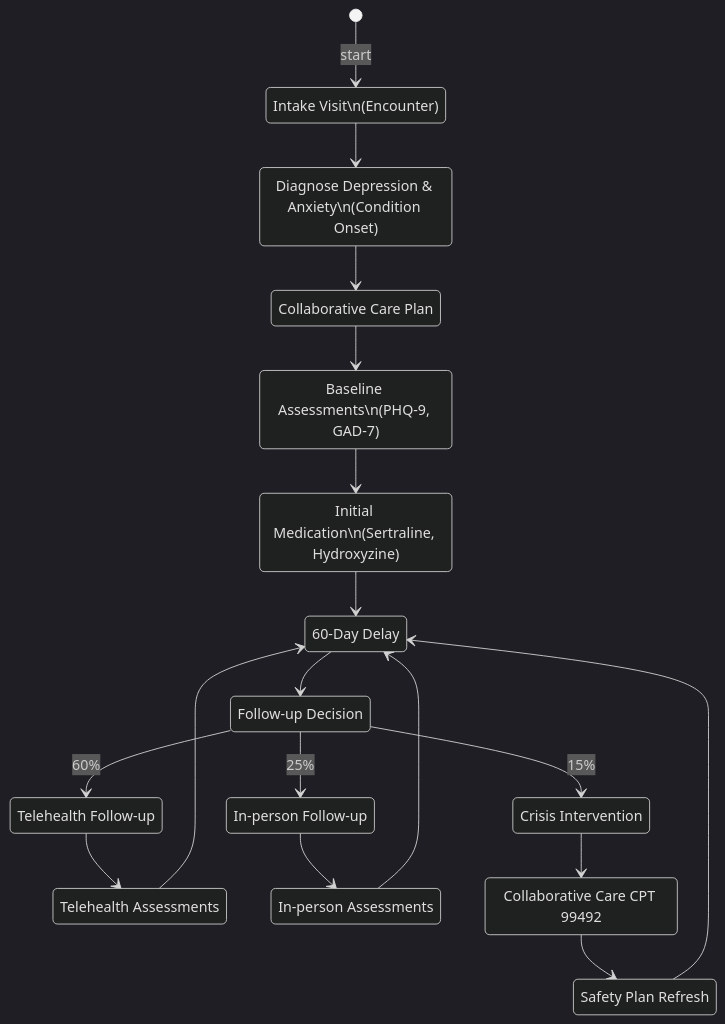
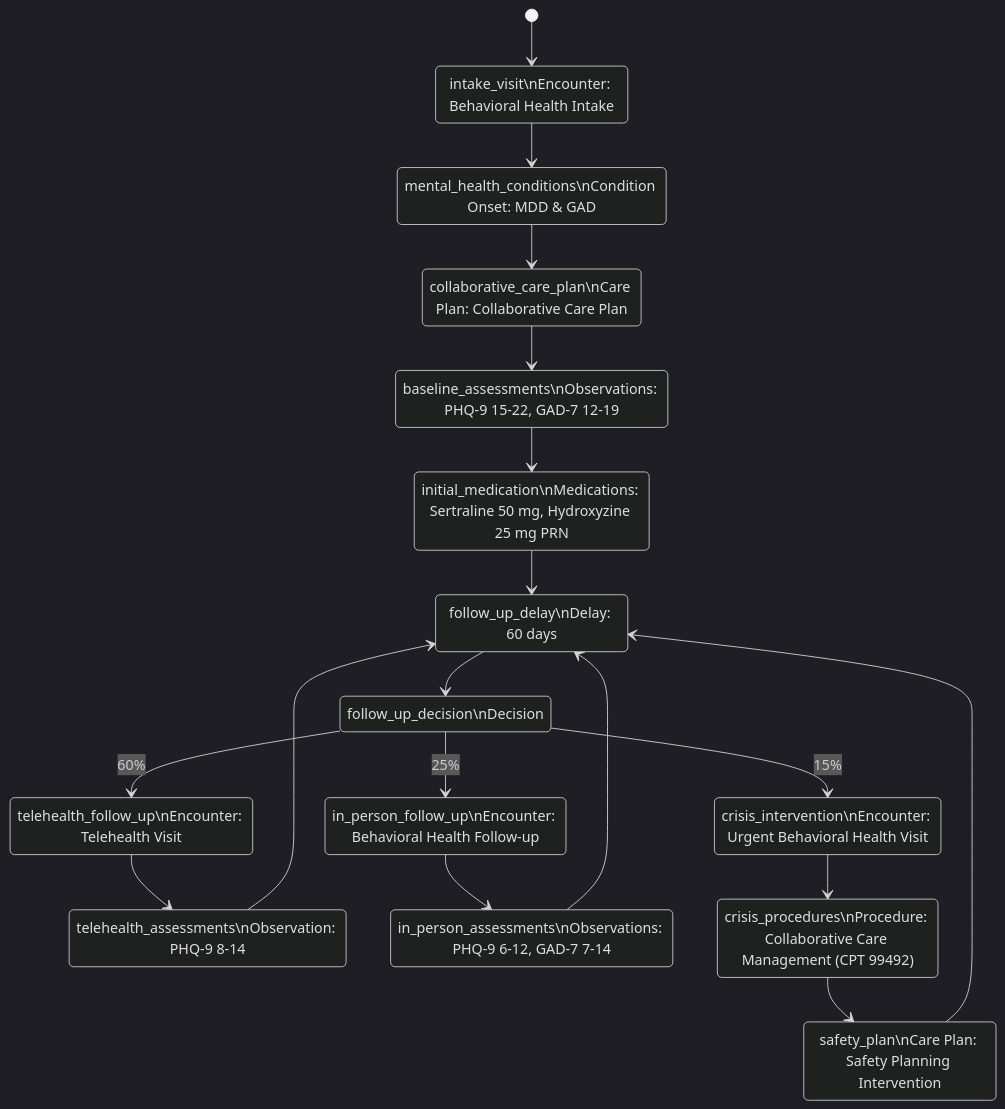
One commit to kvenanzi/synthetichealth changed the diagram in docs/diagrams/mental_health_integrated_care.md. Above: the diagram before and after it, drawn with Mermaid (dark theme). The commit also changed 2 other files, not shown here.

Commit message:
updated overall mermaid diagrams

````diff
--- a/docs/diagrams/mental_health_integrated_care.md
+++ b/docs/diagrams/mental_health_integrated_care.md
@@ -3,40 +3,40 @@
 ```mermaid
 stateDiagram-v2
-    [*] --> Intake: start
+    [*] --> Intake
 
-    state "Intake Visit\n(Encounter)" as Intake
-    state "Diagnose Depression & Anxiety\n(Condition Onset)" as Dx
-    state "Collaborative Care Plan" as CarePlan
-    state "Baseline Assessments\n(PHQ-9, GAD-7)" as Baseline
-    state "Initial Medication\n(Sertraline, Hydroxyzine)" as Meds
-    state "60-Day Delay" as Delay
-    state "Follow-up Decision" as Decision
-    state "Telehealth Follow-up" as Telehealth
-    state "Telehealth Assessments" as TeleAssess
-    state "In-person Follow-up" as InPerson
-    state "In-person Assessments" as InPersonAssess
-    state "Crisis Intervention" as Crisis
-    state "Collaborative Care CPT 99492" as CrisisProc
-    state "Safety Plan Refresh" as SafetyPlan
+    state "intake_visit\nEncounter: Behavioral Health Intake" as Intake
+    state "mental_health_conditions\nCondition Onset: MDD & GAD" as Dx
+    state "collaborative_care_plan\nCare Plan: Collaborative Care Plan" as CarePlan
+    state "baseline_assessments\nObservations: PHQ-9 15-22, GAD-7 12-19" as Baseline
+    state "initial_medication\nMedications: Sertraline 50 mg, Hydroxyzine 25 mg PRN" as Meds
+    state "follow_up_delay\nDelay: 60 days" as Delay
+    state "follow_up_decision\nDecision" as Decision
+    state "telehealth_follow_up\nEncounter: Telehealth Visit" as Telehealth
+    state "telehealth_assessments\nObservation: PHQ-9 8-14" as TeleAssess
+    state "in_person_follow_up\nEncounter: Behavioral Health Follow-up" as InPerson
+    state "in_person_assessments\nObservations: PHQ-9 6-12, GAD-7 7-14" as InPersonAssess
+    state "crisis_intervention\nEncounter: Urgent Behavioral Health Visit" as Crisis
+    state "crisis_procedures\nProcedure: Collaborative Care Management (CPT 99492)" as CrisisProc
+    state "safety_plan\nCare Plan: Safety Planning Intervention" as SafetyPlan
 
     Intake --> Dx
     Dx --> CarePlan
     CarePlan --> Baseline
     Baseline --> Meds
     Meds --> Delay
     Delay --> Decision
 
     Decision --> Telehealth: 60%
     Decision --> InPerson: 25%
     Decision --> Crisis: 15%
 
     Telehealth --> TeleAssess
     TeleAssess --> Delay
 
     InPerson --> InPersonAssess
     InPersonAssess --> Delay
 
     Crisis --> CrisisProc
     CrisisProc --> SafetyPlan
     SafetyPlan --> Delay
 ```
````
